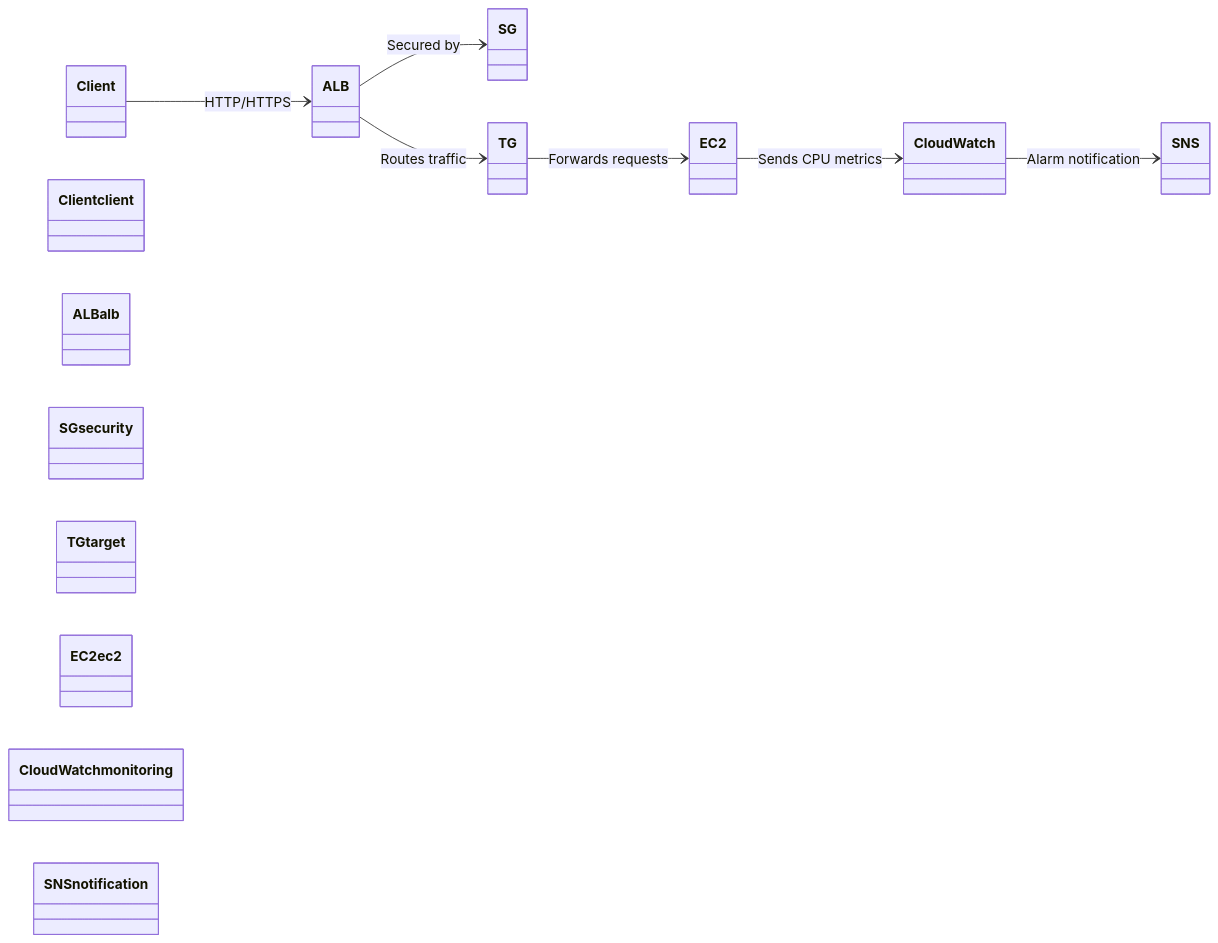
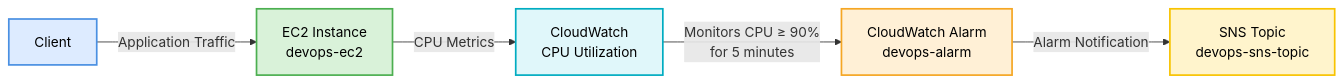
Before and after one commit to aman-khadiya/cloud-labs: the diagram in AWS/CloudWatch/25-Create-CloudWatch-Alarm/README.md, drawn with Mermaid.

Commit message:
Add Task 25 CloudWatch alarm lab

````diff
--- a/AWS/CloudWatch/25-Create-CloudWatch-Alarm/README.md
+++ b/AWS/CloudWatch/25-Create-CloudWatch-Alarm/README.md
@@ -75,35 +75,25 @@
 ```mermaid
-classDiagram
-    direction LR
+flowchart LR
+    Client["Client"]
+    EC2["EC2 Instance<br/>devops-ec2"]
+    CW["CloudWatch<br/>CPU Utilization"]
+    Alarm["CloudWatch Alarm<br/>devops-alarm"]
+    SNS["SNS Topic<br/>devops-sns-topic"]
 
-    class Client
-    class ALB
-    class SG
-    class TG
-    class EC2
-    class CloudWatch
-    class SNS
-
-    Client --> ALB : HTTP/HTTPS
-    ALB --> SG : Secured by
-    ALB --> TG : Routes traffic
-    TG --> EC2 : Forwards requests
-    EC2 --> CloudWatch : Sends CPU metrics
-    CloudWatch --> SNS : Alarm notification
+    Client -->|Application Traffic| EC2
+    EC2 -->|CPU Metrics| CW
+    CW -->|Monitors CPU ≥ 90%<br/>for 5 minutes| Alarm
+    Alarm -->|Alarm Notification| SNS
 
     classDef client fill:#DDEBFF,stroke:#4A90E2,stroke-width:2px,color:#000
-    classDef alb fill:#FFF0D6,stroke:#F5A623,stroke-width:2px,color:#000
-    classDef security fill:#FFE0E0,stroke:#D0021B,stroke-width:2px,color:#000
-    classDef target fill:#E5D9FF,stroke:#9013FE,stroke-width:2px,color:#000
-    classDef ec2 fill:#D9F2D9,stroke:#4CAF50,stroke-width:2px,color:#000
+    classDef compute fill:#D9F2D9,stroke:#4CAF50,stroke-width:2px,color:#000
     classDef monitoring fill:#E0F7FA,stroke:#00ACC1,stroke-width:2px,color:#000
+    classDef alarm fill:#FFF0D6,stroke:#F5A623,stroke-width:2px,color:#000
     classDef notification fill:#FFF4CC,stroke:#F8C300,stroke-width:2px,color:#000
 
     class Client client
-    class ALB alb
-    class SG security
-    class TG target
-    class EC2 ec2
-    class CloudWatch monitoring
+    class EC2 compute
+    class CW monitoring
+    class Alarm alarm
     class SNS notification
 ```
````
